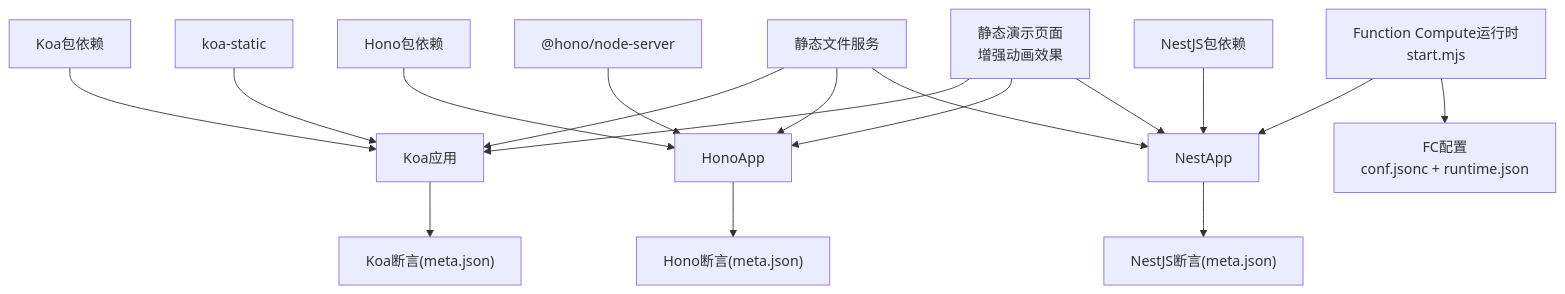
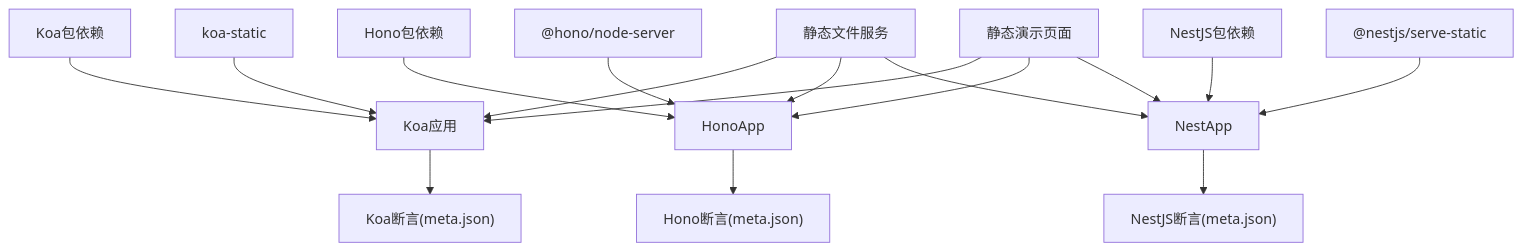
The seventh of 7 diagrams in .qoder/repowiki/zh/content/后端框架测试/Koa、Hono、NestJS框架测试.md (esa-sp/test-for-aone-ci), drawn with Mermaid before and after one commit. The commit also changed other lines of this file and 7 other files, not shown here.

````diff
--- a/.qoder/repowiki/zh/content/后端框架测试/Koa、Hono、NestJS框架测试.md
+++ b/.qoder/repowiki/zh/content/后端框架测试/Koa、Hono、NestJS框架测试.md
@@ -573,19 +433,18 @@
 ```mermaid
 graph TB
 KoaPkg["Koa包依赖"] --> KoaApp["Koa应用"]
 KoaStatic["koa-static"] --> KoaApp
 HonoPkg["Hono包依赖"] --> HonoApp
 HonoNodeServer["@hono/node-server"] --> HonoApp
 NestPkg["NestJS包依赖"] --> NestApp
-FCRuntime["Function Compute运行时<br/>start.mjs"] --> NestApp
+NestServeStatic["@nestjs/serve-static"] --> NestApp
 StaticFiles["静态文件服务"] --> KoaApp
 StaticFiles --> HonoApp
 StaticFiles --> NestApp
-DemoPages["静态演示页面<br/>增强动画效果"] --> KoaApp
+DemoPages["静态演示页面"] --> KoaApp
 DemoPages --> HonoApp
 DemoPages --> NestApp
 KoaApp --> KoaMeta["Koa断言(meta.json)"]
 HonoApp --> HonoMeta["Hono断言(meta.json)"]
 NestApp --> NestMeta["NestJS断言(meta.json)"]
-FCRuntime --> FCCfg["FC配置<br/>conf.jsonc + runtime.json"]
 ```
````
